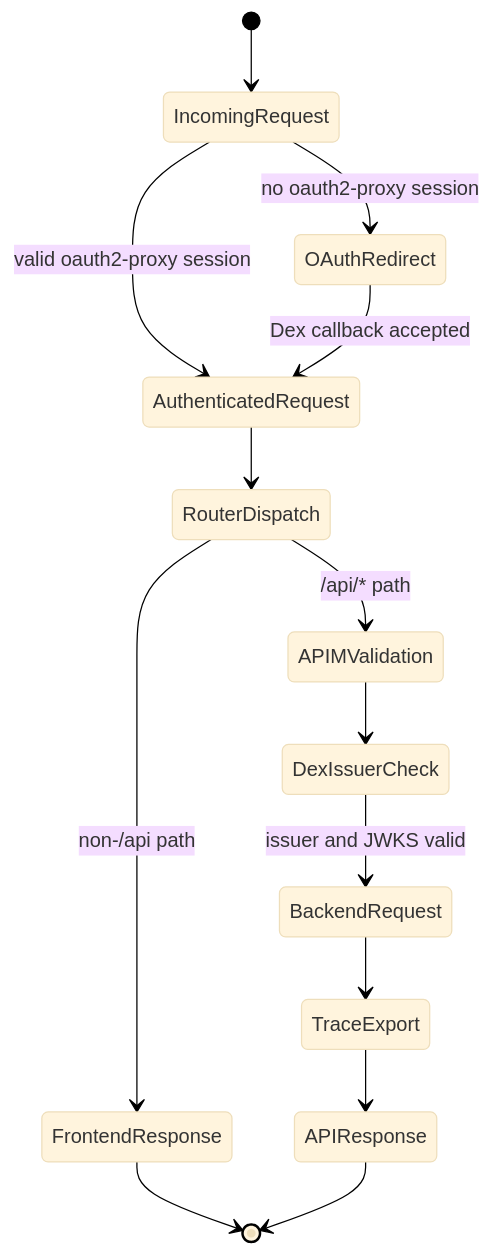
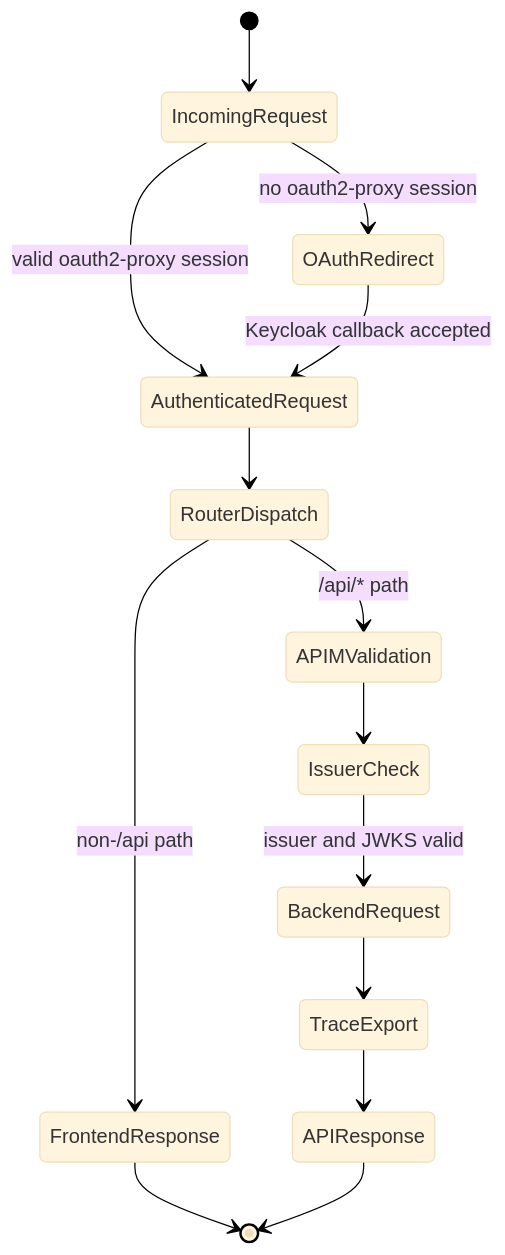
One commit to nickromney/platform changed the diagram in terraform/kubernetes/docs/diagrams/apps-c4/04-state-subnetcalc-request.mmd. Above: the diagram before and after it, drawn with Mermaid. The commit also changed 112 other files, not shown here.

```diff
--- a/terraform/kubernetes/docs/diagrams/apps-c4/04-state-subnetcalc-request.mmd
+++ b/terraform/kubernetes/docs/diagrams/apps-c4/04-state-subnetcalc-request.mmd
@@ -1,19 +1,19 @@
 %%{init: {"theme": "base", "themeVariables": {"background": "#ffffff"}}}%%
 stateDiagram-v2
     [*] --> IncomingRequest
 
     IncomingRequest --> OAuthRedirect : no oauth2-proxy session
     IncomingRequest --> AuthenticatedRequest : valid oauth2-proxy session
-    OAuthRedirect --> AuthenticatedRequest : Dex callback accepted
+    OAuthRedirect --> AuthenticatedRequest : Keycloak callback accepted
 
     AuthenticatedRequest --> RouterDispatch
     RouterDispatch --> FrontendResponse : non-/api path
     RouterDispatch --> APIMValidation : /api/* path
 
-    APIMValidation --> DexIssuerCheck
-    DexIssuerCheck --> BackendRequest : issuer and JWKS valid
+    APIMValidation --> IssuerCheck
+    IssuerCheck --> BackendRequest : issuer and JWKS valid
     BackendRequest --> TraceExport
     TraceExport --> APIResponse
 
     FrontendResponse --> [*]
     APIResponse --> [*]
```
